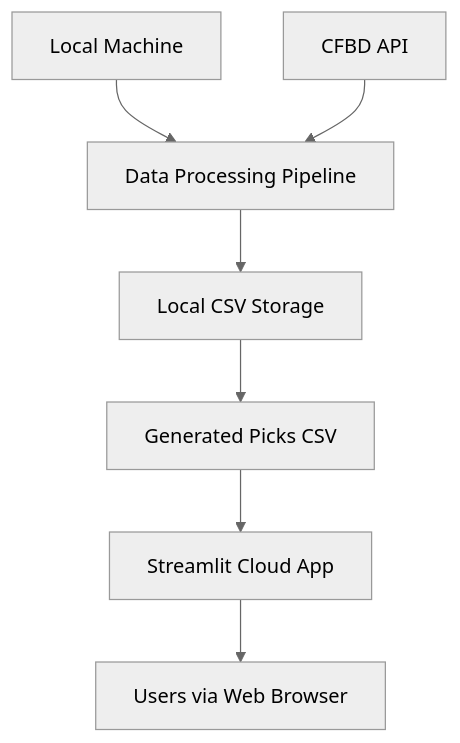
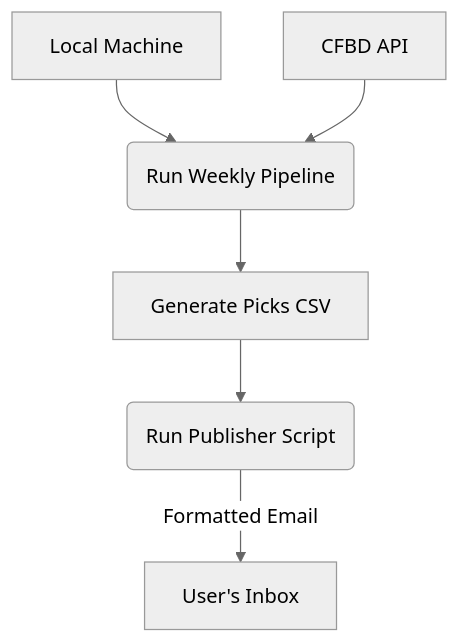
Before and after one commit to connorkitchings/cfb_model: the first of 3 diagrams in docs/operations/production_deployment.md, drawn with Mermaid (neutral theme). The commit also changed other lines of this file and 7 other files, not shown here.

````diff
--- a/docs/operations/production_deployment.md
+++ b/docs/operations/production_deployment.md
@@ -14,9 +16,8 @@
 ```mermaid
 graph TD
-    A[Local Machine] --> B[Data Processing Pipeline]
-    B --> C[Local CSV Storage]
-    C --> D[Generated Picks CSV]
-    D --> E[Streamlit Cloud App]
-    E --> F[Users via Web Browser]
-    G[CFBD API] --> B
+    A[Local Machine] --> B(Run Weekly Pipeline)
+    B --> C[Generate Picks CSV]
+    C --> D(Run Publisher Script)
+    D -- Formatted Email --> E[User's Inbox]
+    F[CFBD API] --> B
 ```
````
